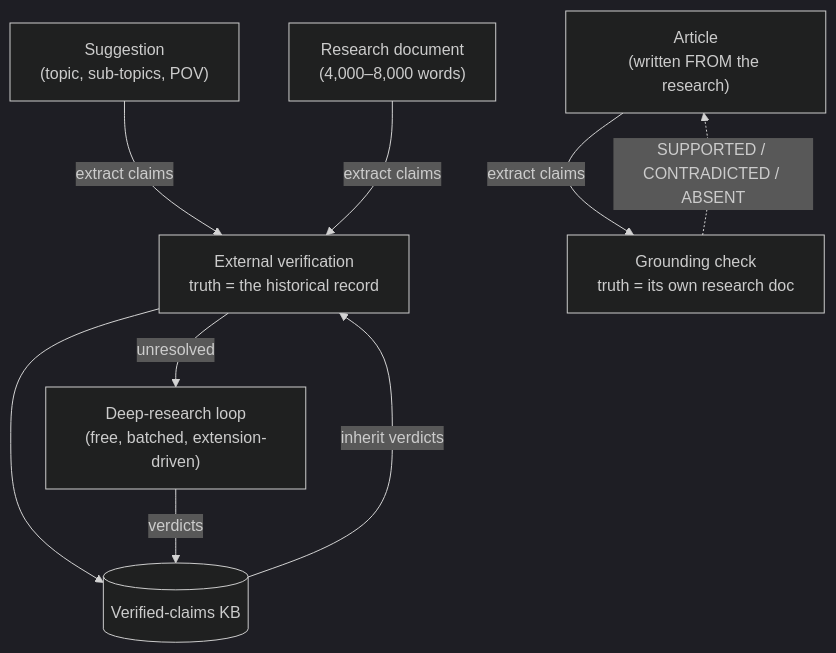
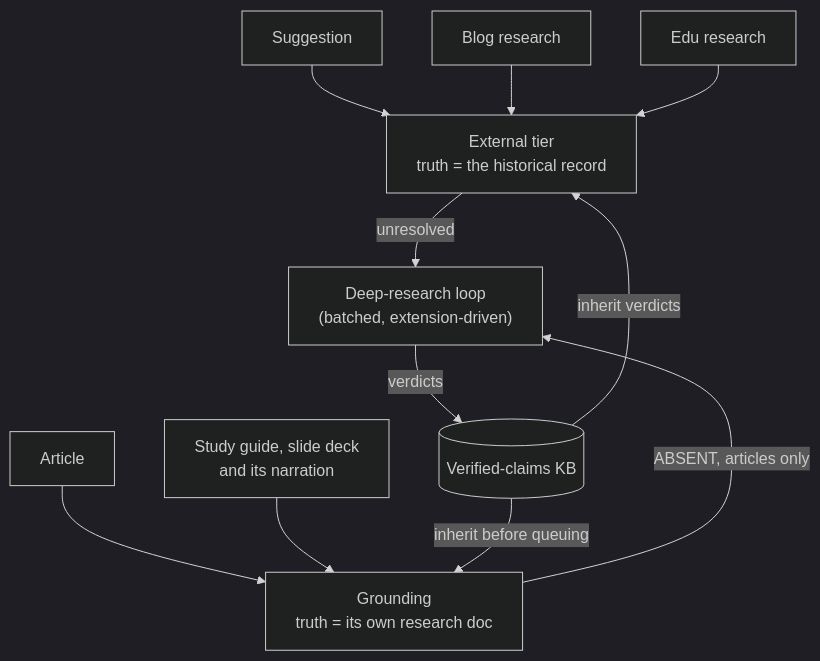
The diagram in docs/06-fact-checking-pipeline.md (wanderindev/ai-powered-content-generation-engine), drawn with Mermaid (dark theme) before and after one commit. The commit also changed other lines of this file and 441 other files, not shown here.

````diff
--- a/docs/06-fact-checking-pipeline.md
+++ b/docs/06-fact-checking-pipeline.md
@@ -17,12 +17,16 @@
 ```mermaid
 flowchart TD
-    S["Suggestion<br/>(topic, sub-topics, POV)"] -->|extract claims| EXT["External verification<br/>truth = the historical record"]
-    R["Research document<br/>(4,000–8,000 words)"] -->|extract claims| EXT
-    EXT --> KB[("Verified-claims KB")]
-    KB -->|inherit verdicts| EXT
-    EXT -->|unresolved| DR["Deep-research loop<br/>(free, batched, extension-driven)"]
-    DR -->|verdicts| KB
-
-    A["Article<br/>(written FROM the research)"] -->|extract claims| GND["Grounding check<br/>truth = its own research doc"]
-    GND -.->|"SUPPORTED / CONTRADICTED / ABSENT"| A
+    S["Suggestion"] --> EXT
+    R["Blog research"] --> EXT
+    ER["Edu research"] --> EXT
+    EXT["External tier<br/>truth = the historical record"]
+    KB[("Verified-claims KB")]
+    KB -->|"inherit verdicts"| EXT
+    EXT -->|"unresolved"| DR["Deep-research loop<br/>(batched, extension-driven)"]
+    DR -->|"verdicts"| KB
+    A["Article"] --> GND
+    M["Study guide, slide deck<br/>and its narration"] --> GND
+    GND["Grounding<br/>truth = its own research doc"]
+    KB -->|"inherit before queuing"| GND
+    GND -->|"ABSENT, articles only"| DR
 ```
````
